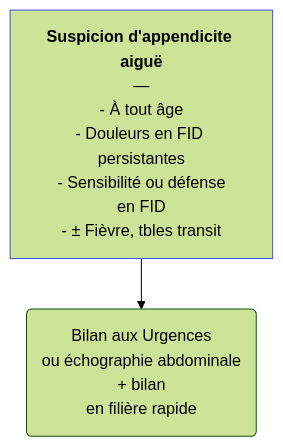
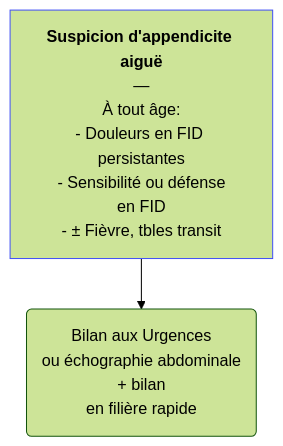
The diagram in content/recommandations/appendicite-aigue.md (djibe/recommandations-medicales), drawn with Mermaid (forest theme) before and after one commit. The commit also changed 13 other files, not shown here.

Commit message:
New flowcharts

```diff
--- a/content/recommandations/appendicite-aigue.md
+++ b/content/recommandations/appendicite-aigue.md
@@ -197,5 +197,5 @@
 {{< mermaid title="Prise en charge de la suspicion d'appendice aiguë par le médecin généraliste. Dr JB Fron d'après SFCD 2021 et Collèges" >}}
 graph TB
-  suspicion["<b>Suspicion d'appendicite aiguë</b><br>—<br>- À tout âge<br>- Douleurs en FID persistantes<br>- Sensibilité ou défense<br>en FID<br>- ± Fièvre, tbles transit"] --> urgences("Bilan aux Urgences<br>ou échographie abdominale<br>+ bilan<br>en filière rapide")
+  suspicion["<b>Suspicion d'appendicite aiguë</b><br>—<br>À tout âge:<br>- Douleurs en FID persistantes<br>- Sensibilité ou défense<br>en FID<br>- ± Fièvre, tbles transit"] --> urgences("Bilan aux Urgences<br>ou échographie abdominale<br>+ bilan<br>en filière rapide")
   style suspicion stroke:#4150f5, stroke-width:1px
 {{< /mermaid >}}
```
